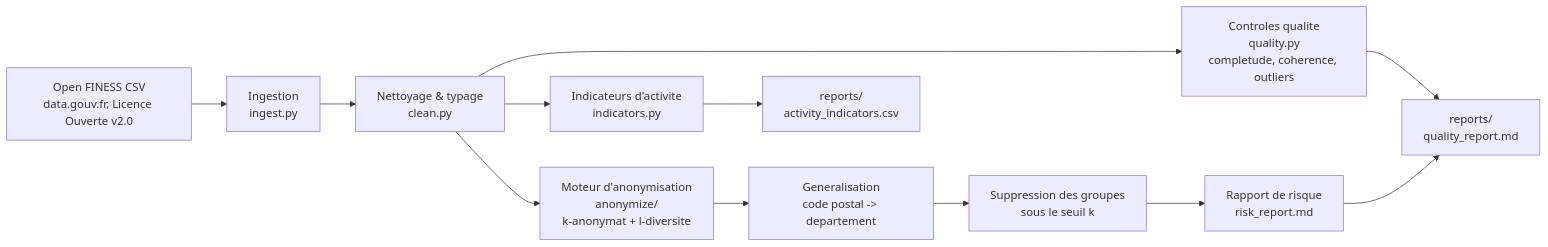
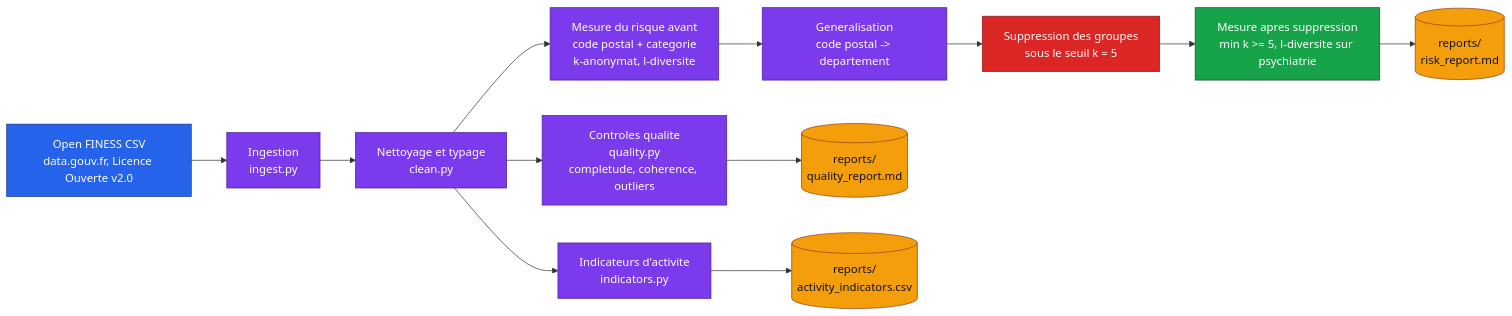
The diagram in README.md (Adam-Blf/open-health-data-pipeline), drawn with Mermaid before and after one commit. The commit also changed other lines of this file and 1 other file, not shown here.

Commit message:
Add version badge and coloured Mermaid architecture

````diff
--- a/README.md
+++ b/README.md
@@ -31,14 +32,25 @@
 ```mermaid
 flowchart LR
-    A["Open FINESS CSV\ndata.gouv.fr, Licence Ouverte v2.0"] --> B["Ingestion\ningest.py"]
-    B --> C["Nettoyage & typage\nclean.py"]
-    C --> D["Controles qualite\nquality.py\ncompletude, coherence, outliers"]
-    C --> E["Moteur d'anonymisation\nanonymize/\nk-anonymat + l-diversite"]
-    E --> F["Generalisation\ncode postal -> departement"]
-    F --> G["Suppression des groupes\nsous le seuil k"]
-    G --> H["Rapport de risque\nrisk_report.md"]
-    C --> I["Indicateurs d'activite\nindicators.py"]
-    D --> J["reports/\nquality_report.md"]
-    I --> K["reports/\nactivity_indicators.csv"]
-    H --> J
+    A["Open FINESS CSV<br/>data.gouv.fr, Licence Ouverte v2.0"] --> B["Ingestion<br/>ingest.py"]
+    B --> C["Nettoyage et typage<br/>clean.py"]
+    C --> D["Controles qualite<br/>quality.py<br/>completude, coherence, outliers"]
+    C --> E["Mesure du risque avant<br/>code postal + categorie<br/>k-anonymat, l-diversite"]
+    E --> F["Generalisation<br/>code postal -> departement"]
+    F --> G["Suppression des groupes<br/>sous le seuil k = 5"]
+    G --> H["Mesure apres suppression<br/>min k >= 5, l-diversite sur psychiatrie"]
+    C --> I["Indicateurs d'activite<br/>indicators.py"]
+    D --> Q[("reports/<br/>quality_report.md")]
+    H --> R[("reports/<br/>risk_report.md")]
+    I --> K[("reports/<br/>activity_indicators.csv")]
+
+    classDef input fill:#2563eb,stroke:#1e3a8a,color:#fff
+    classDef process fill:#7c3aed,stroke:#4c1d95,color:#fff
+    classDef store fill:#f59e0b,stroke:#92400e,color:#111
+    classDef ok fill:#16a34a,stroke:#14532d,color:#fff
+    classDef error fill:#dc2626,stroke:#7f1d1d,color:#fff
+    class A input
+    class B,C,D,E,F,I process
+    class Q,R,K store
+    class H ok
+    class G error
 ```
````
